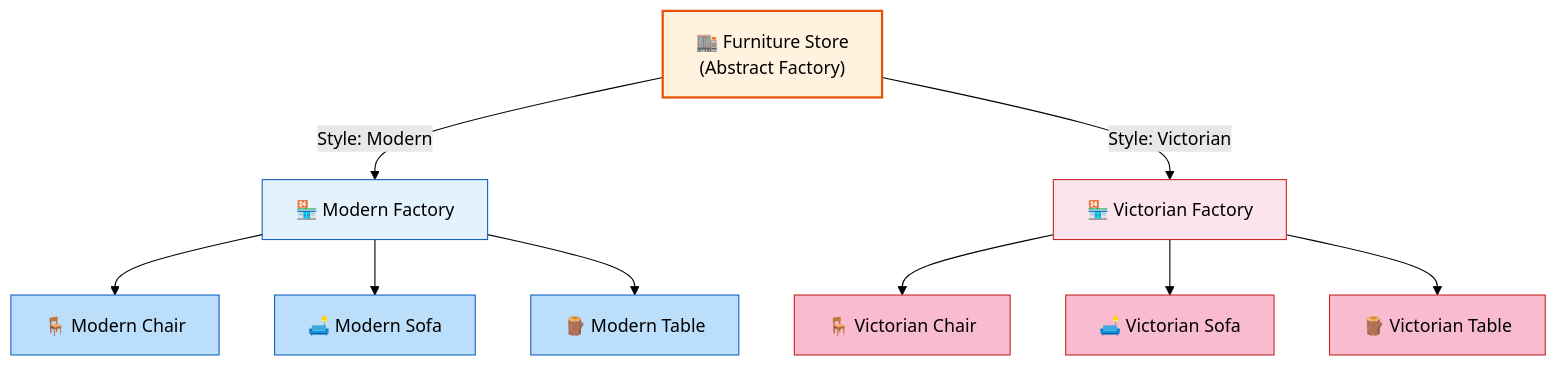
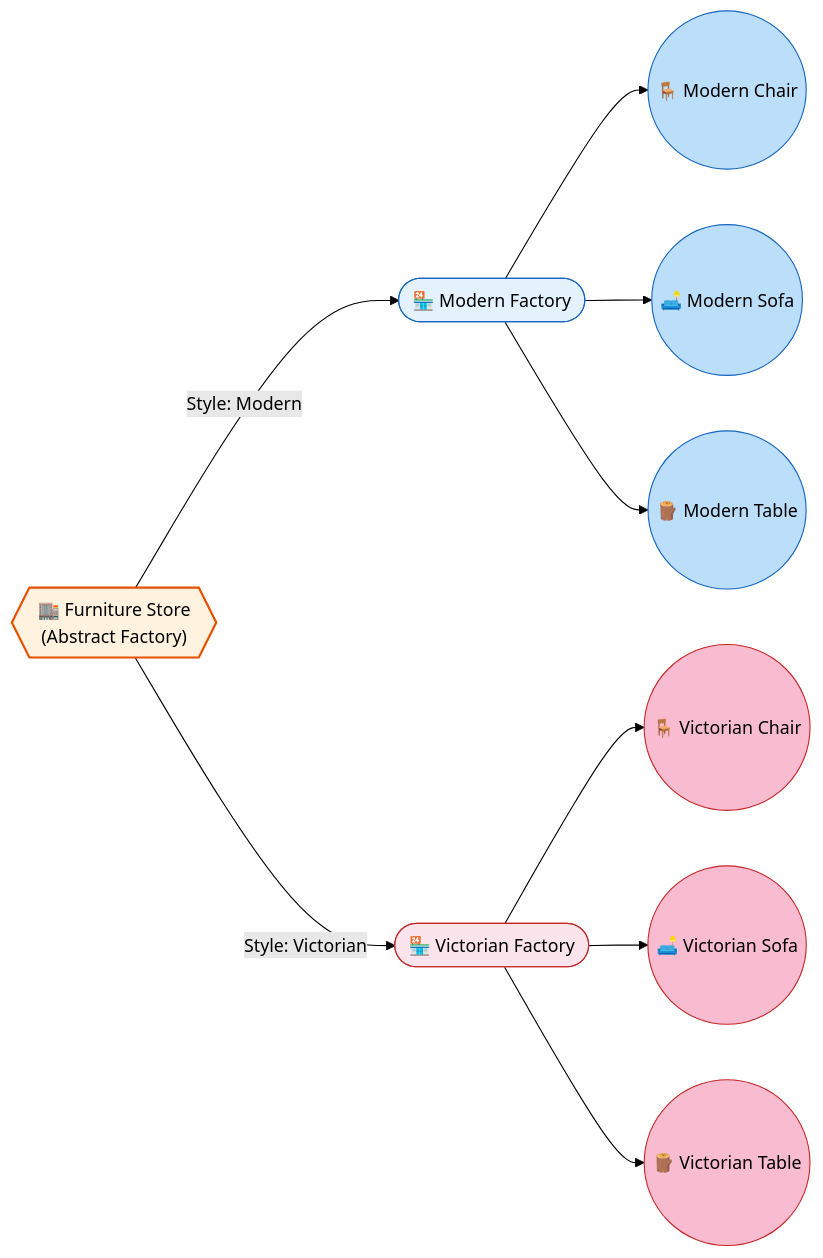
The first of 3 diagrams in docs/designpatterns/creationalDesignPatterns/AbstractFactoryDesignPattern.md (saivamsikaruturi/vamsilabs-dev-notes-main), drawn with Mermaid (forest theme) before and after one commit. The commit also changed other lines of this file and 146 other files, not shown here.

Commit message:
Horizontal diagrams, UML class diagrams, typography overhaul, and permalink cleanup

````diff
--- a/docs/designpatterns/creationalDesignPatterns/AbstractFactoryDesignPattern.md
+++ b/docs/designpatterns/creationalDesignPatterns/AbstractFactoryDesignPattern.md
@@ -10,24 +10,24 @@
 ```mermaid
-flowchart TD
-    Store["🏬 Furniture Store<br/>(Abstract Factory)"]
-    Store -->|Style: Modern| M["🏪 Modern Factory"]
-    Store -->|Style: Victorian| V["🏪 Victorian Factory"]
+flowchart LR
+    Store{{"🏬 Furniture Store<br/>(Abstract Factory)"}}
+    Store -->|Style: Modern| M(["🏪 Modern Factory"])
+    Store -->|Style: Victorian| V(["🏪 Victorian Factory"])
     
-    M --> MC["🪑 Modern Chair"]
-    M --> MS["🛋️ Modern Sofa"]
-    M --> MT["🪵 Modern Table"]
+    M --> MC(("🪑 Modern Chair"))
+    M --> MS(("🛋️ Modern Sofa"))
+    M --> MT(("🪵 Modern Table"))
     
-    V --> VC["🪑 Victorian Chair"]
-    V --> VS["🛋️ Victorian Sofa"]
-    V --> VT["🪵 Victorian Table"]
+    V --> VC(("🪑 Victorian Chair"))
+    V --> VS(("🛋️ Victorian Sofa"))
+    V --> VT(("🪵 Victorian Table"))
 
     style Store fill:#FFF3E0,stroke:#E65100,stroke-width:2px,color:#000
     style M fill:#E3F2FD,stroke:#1565C0,color:#000
     style V fill:#FCE4EC,stroke:#C62828,color:#000
     style MC fill:#BBDEFB,stroke:#1565C0,color:#000
     style MS fill:#BBDEFB,stroke:#1565C0,color:#000
     style MT fill:#BBDEFB,stroke:#1565C0,color:#000
     style VC fill:#F8BBD0,stroke:#C62828,color:#000
     style VS fill:#F8BBD0,stroke:#C62828,color:#000
     style VT fill:#F8BBD0,stroke:#C62828,color:#000
 ```
````
